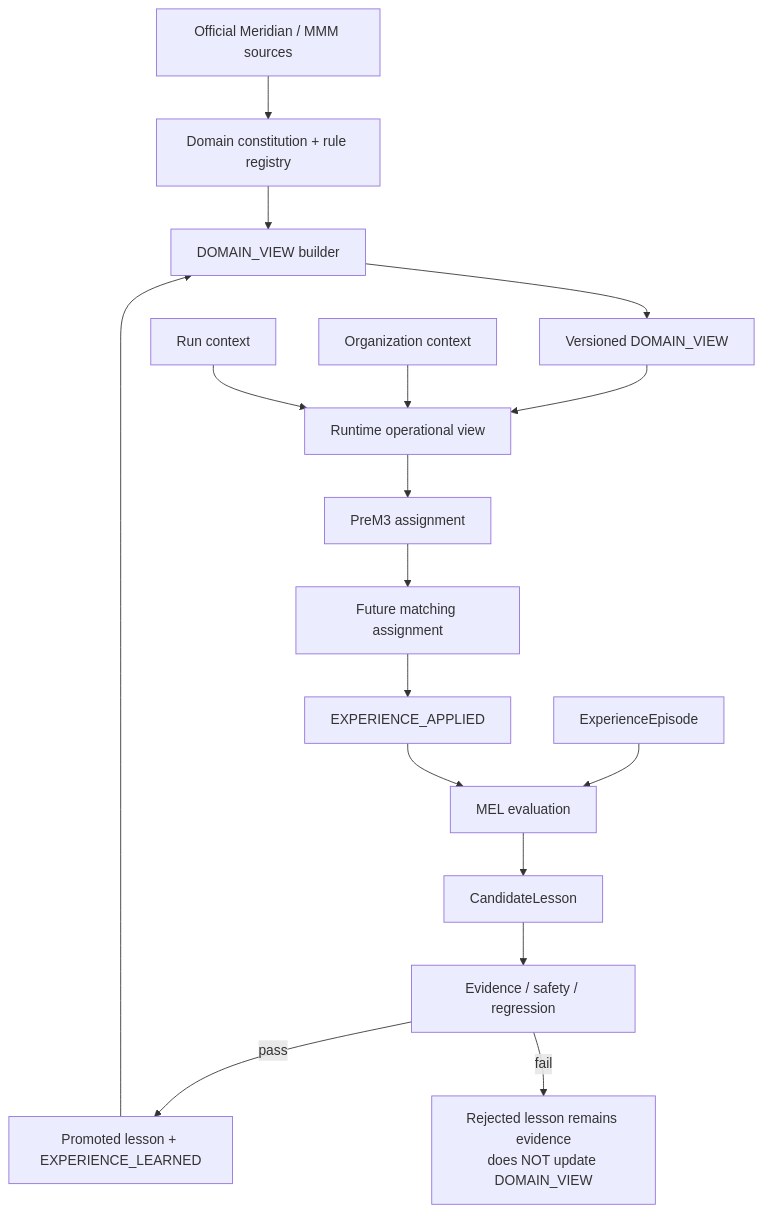
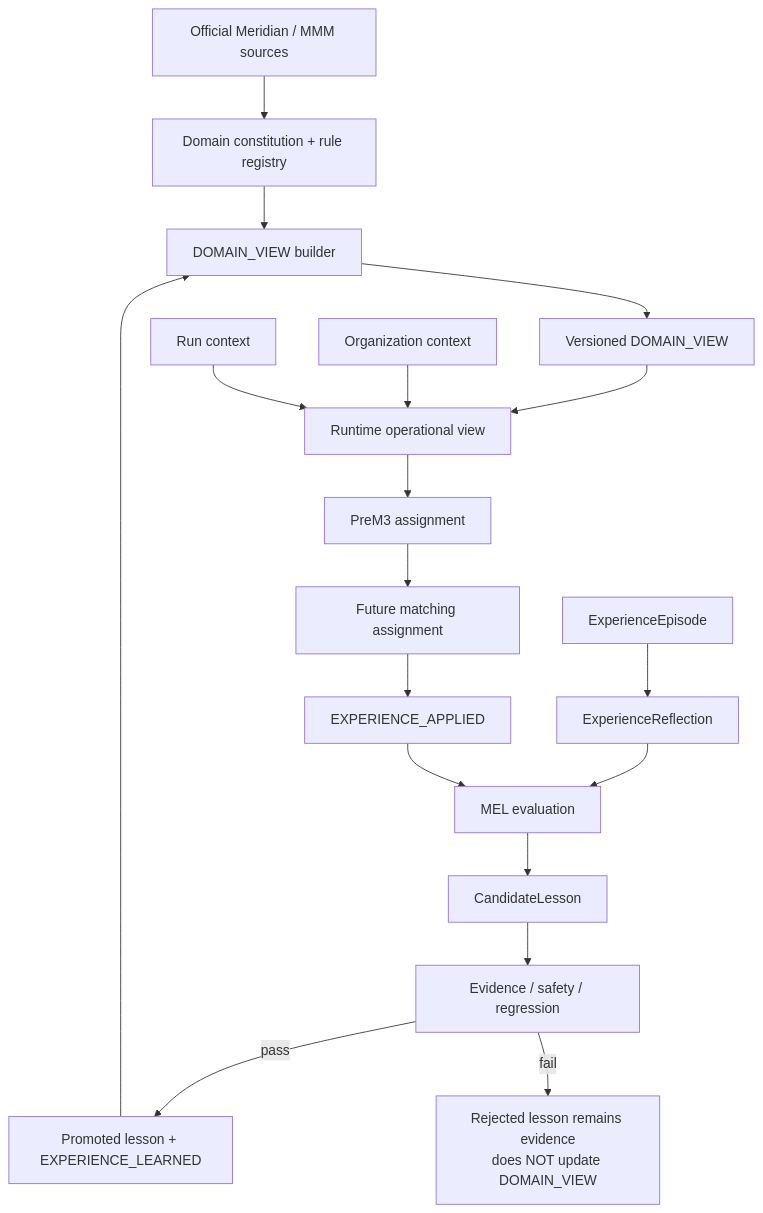
Before and after one commit to datateamsix/model-ready-m3: the diagram in docs/context/domain-view/README.md, drawn with Mermaid. The commit also changed other lines of this file and 54 other files, not shown here.

First line of the commit message:
Implement MEL Episode Core with first-class ExperienceReflection

````diff
--- a/docs/context/domain-view/README.md
+++ b/docs/context/domain-view/README.md
@@ -218,21 +222,22 @@
 ```mermaid
 flowchart TD
     SRC["Official Meridian / MMM sources"] --> CONST["Domain constitution + rule registry"]
     CONST --> BLD["DOMAIN_VIEW builder"]
 
-    EP["ExperienceEpisode"] --> MEL["MEL evaluation"]
+    EP["ExperienceEpisode"] --> REF["ExperienceReflection"]
+    REF --> MEL["MEL evaluation"]
     MEL --> CAND["CandidateLesson"]
     CAND --> GATES["Evidence / safety / regression"]
     GATES -->|pass| PROMO["Promoted lesson + EXPERIENCE_LEARNED"]
     GATES -->|fail| REJ["Rejected lesson remains evidence<br/>does NOT update DOMAIN_VIEW"]
     PROMO --> BLD
 
     BLD --> VIEW["Versioned DOMAIN_VIEW"]
     VIEW --> RUNTIME["Runtime operational view"]
     ORG["Organization context"] --> RUNTIME
     RUN["Run context"] --> RUNTIME
     RUNTIME --> PREM3["PreM3 assignment"]
     PREM3 --> NEXT["Future matching assignment"]
     NEXT --> APPLIED["EXPERIENCE_APPLIED"]
     APPLIED --> MEL
 ```
````
